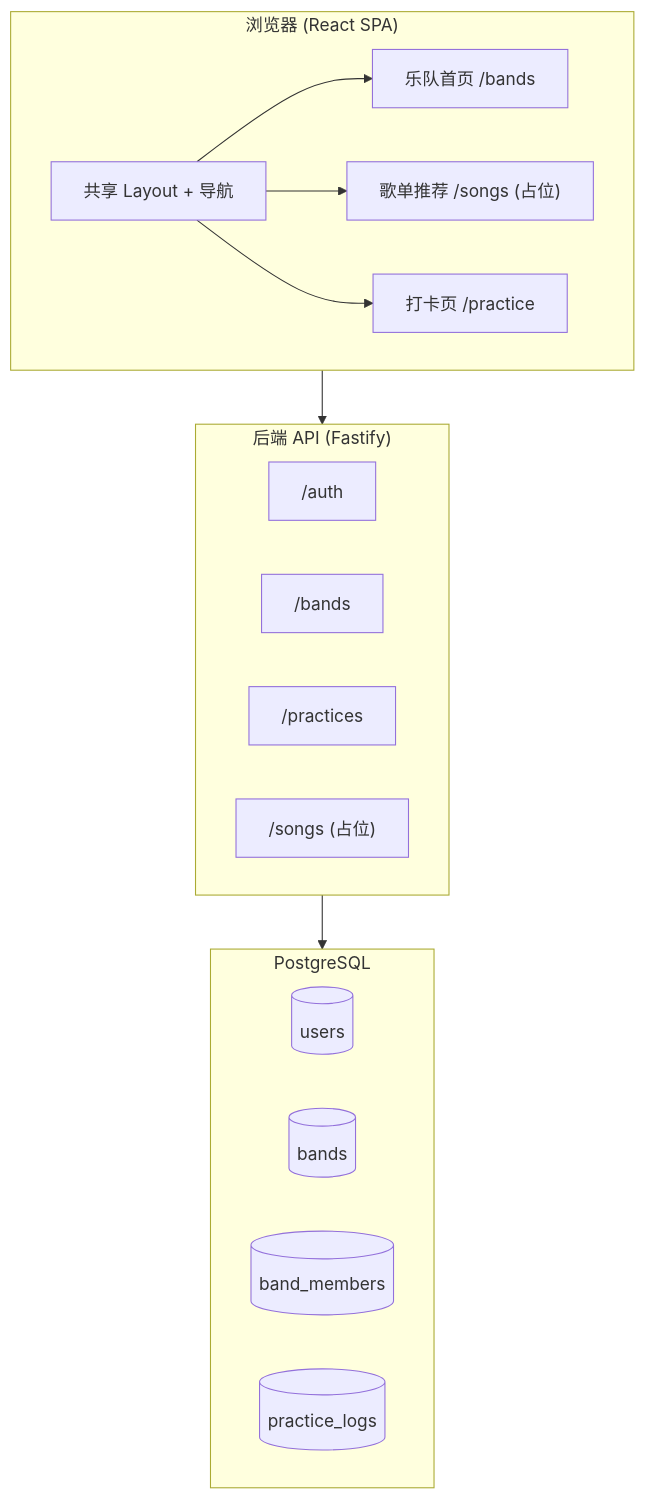
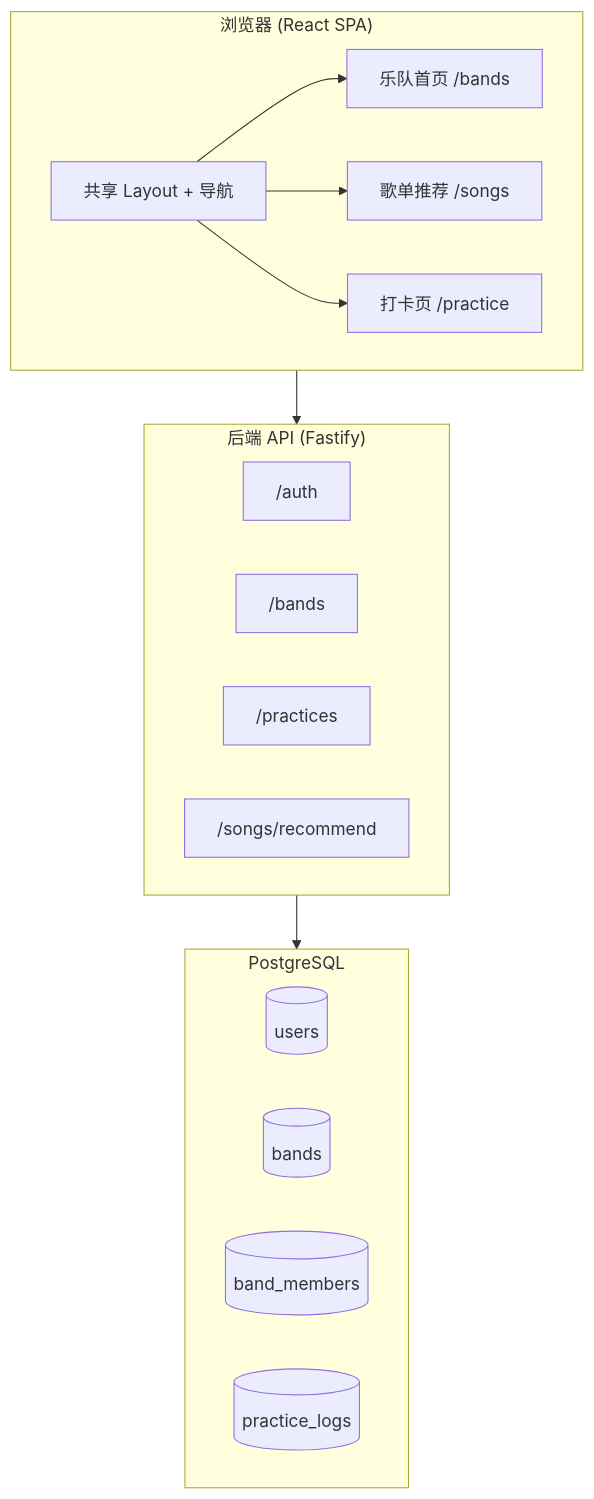
One commit to Christina-Deng/BAND-ON changed the diagram in docs/superpowers/specs/2026-06-24-band-rehearsal-design.md. Above: the diagram before and after it, drawn with Mermaid. The commit also changed other lines of this file and 12 other files, not shown here.

````diff
--- a/docs/superpowers/specs/2026-06-24-band-rehearsal-design.md
+++ b/docs/superpowers/specs/2026-06-24-band-rehearsal-design.md
@@ -54,27 +96,27 @@
 ```mermaid
 flowchart TB
     subgraph Client["浏览器 (React SPA)"]
         Layout["共享 Layout + 导航"]
         Home["乐队首页 /bands"]
-        Songs["歌单推荐 /songs (占位)"]
+        Songs["歌单推荐 /songs"]
         Practice["打卡页 /practice"]
     end
 
     subgraph API["后端 API (Fastify)"]
         AuthAPI["/auth"]
         BandAPI["/bands"]
         PracticeAPI["/practices"]
-        SongsAPI["/songs (占位)"]
+        SongsAPI["/songs/recommend"]
     end
 
     subgraph DB["PostgreSQL"]
         Users[(users)]
         Bands[(bands)]
         Members[(band_members)]
         Practices[(practice_logs)]
     end
 
     Layout --> Home & Songs & Practice
     Client --> API
     API --> DB
 ```
````
